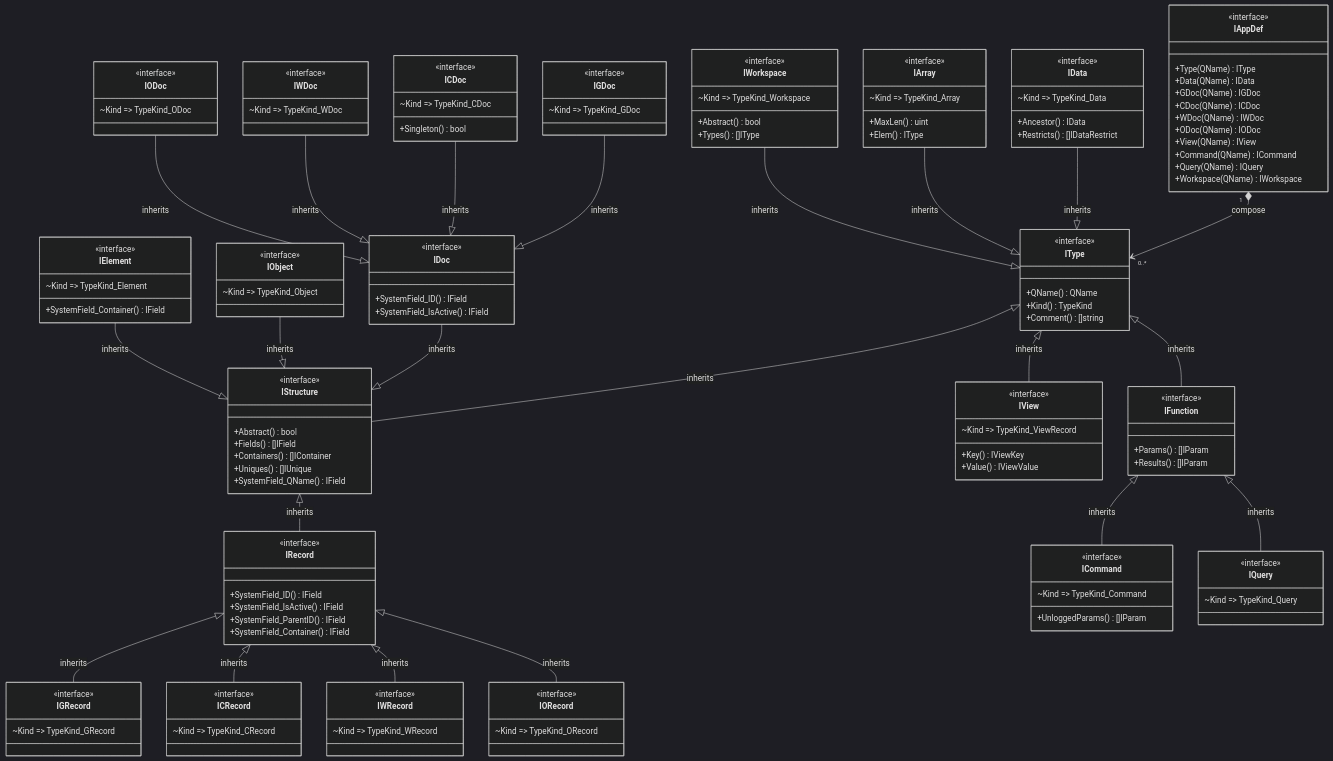
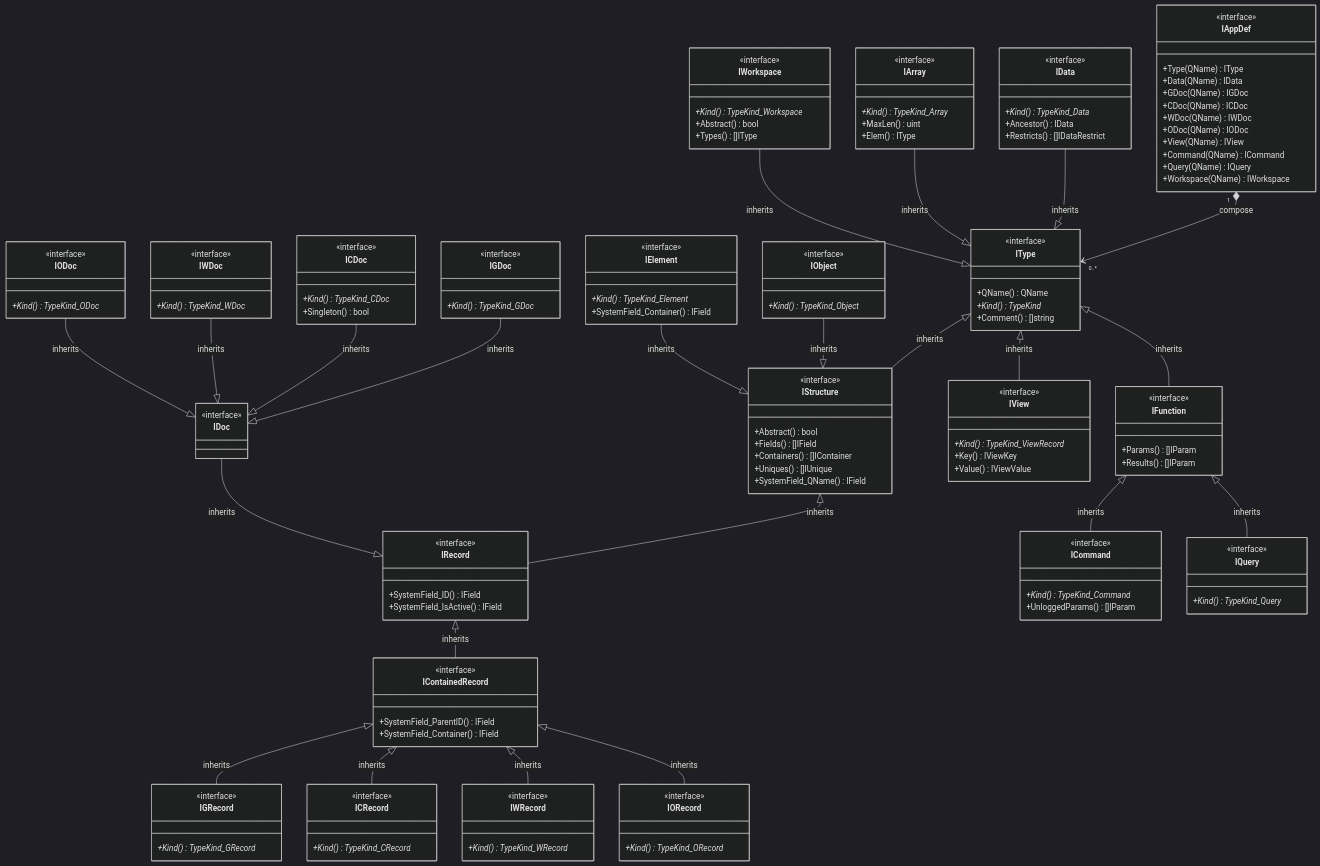
Before and after one commit to voedger/voedger: the first of 7 diagrams in pkg/appdef/README.md, drawn with Mermaid (dark theme). The commit also changed other lines of this file and 32 other files, not shown here.

First line of the commit message:
#750 🧩 appdef: inherits IDoc and IContainedRecord from IRecord (#758)

```diff
--- a/pkg/appdef/README.md
+++ b/pkg/appdef/README.md
@@ -26,14 +26,14 @@
     class IType {
         <<interface>>
         +QName() QName
-        +Kind() TypeKind
+        +Kind()* TypeKind
         +Comment() []string
     }
 
     IData --|> IType : inherits
     class IData {
         <<interface>>
-        ~Kind => TypeKind_Data
+        +Kind()* TypeKind_Data
         +Ancestor() IData
         +Restricts() []IDataRestrict
     }
@@ -41,7 +41,7 @@
     IArray --|> IType : inherits
     class IArray {
         <<interface>>
-        ~Kind => TypeKind_Array
+        +Kind()* TypeKind_Array
         +MaxLen() uint
         +Elem() IType
     }
@@ -56,88 +56,91 @@
         +SystemField_QName() IField
     }
 
-    IDoc --|> IStructure : inherits
-    class IDoc {
+    IStructure <|-- IRecord  : inherits
+    class IRecord {
         <<interface>>
         +SystemField_ID() IField
         +SystemField_IsActive() IField
     }
 
+    IDoc --|> IRecord : inherits
+    class IDoc {
+        <<interface>>
+    }
+
     IGDoc --|> IDoc : inherits
     class IGDoc {
         <<interface>>
-        ~Kind => TypeKind_GDoc
+        +Kind()* TypeKind_GDoc
     }
 
     ICDoc --|> IDoc : inherits
     class ICDoc {
         <<interface>>
-        ~Kind => TypeKind_CDoc
+        +Kind()* TypeKind_CDoc
         +Singleton() bool
     }
 
     IWDoc --|> IDoc : inherits
     class IWDoc {
         <<interface>>
-        ~Kind => TypeKind_WDoc
+        +Kind()* TypeKind_WDoc
     }
                     
     IODoc --|> IDoc: inherits
     class IODoc {
         <<interface>>
-        ~Kind => TypeKind_ODoc
+        +Kind()* TypeKind_ODoc
     }
 
-    IStructure <|-- IRecord  : inherits
-    class IRecord {
+    IRecord <|-- IContainedRecord  : inherits
+    class IContainedRecord {
         <<interface>>
-        +SystemField_ID() IField
-        +SystemField_IsActive() IField
         +SystemField_ParentID() IField
         +SystemField_Container() IField
     }
 
-    IRecord <|-- IGRecord : inherits
+    IContainedRecord <|-- IGRecord : inherits
     class IGRecord {
         <<interface>>
-        ~Kind => TypeKind_GRecord
+        +Kind()* TypeKind_GRecord
     }
 
-    IRecord <|-- ICRecord : inherits
+    IContainedRecord <|-- ICRecord : inherits
     class ICRecord {
         <<interface>>
-        ~Kind => TypeKind_CRecord
+        +Kind()* TypeKind_CRecord
     }
 
-    IRecord <|-- IWRecord : inherits
+    IContainedRecord <|-- IWRecord : inherits
     class IWRecord {
         <<interface>>
-        ~Kind => TypeKind_WRecord
+        +Kind()* TypeKind_WRecord
     }
 
-    IRecord <|-- IORecord : inherits
+    IContainedRecord <|-- IORecord : inherits
     class IORecord {
         <<interface>>
-        ~Kind => TypeKind_ORecord
+        +Kind()* TypeKind_ORecord
     }
 
     IObject --|> IStructure : inherits
     class IObject {
         <<interface>>
-        ~Kind => TypeKind_Object
+        +Kind()* TypeKind_Object
     }
 
     IElement --|> IStructure : inherits
     class IElement {
         <<interface>>
-        ~Kind => TypeKind_Element
+        +Kind()* TypeKind_Element
         +SystemField_Container() IField
     }
 
     IType <|-- IView : inherits
     class IView {
         <<interface>>
-        ~Kind => TypeKind_ViewRecord
+        +Kind()* TypeKind_ViewRecord
         +Key() IViewKey
         +Value() IViewValue
     }
@@ -152,21 +155,21 @@
     IFunction <|-- ICommand : inherits
     class ICommand {
         <<interface>>
-        ~Kind => TypeKind_Command
+        +Kind()* TypeKind_Command
         +UnloggedParams() []IParam
     }
 
     IFunction <|-- IQuery : inherits
     class IQuery {
         <<interface>>
-        ~Kind => TypeKind_Query
+        +Kind()* TypeKind_Query
     }
 
 
     IWorkspace --|> IType : inherits
     class IWorkspace {
         <<interface>>
-        ~Kind => TypeKind_Workspace
+        +Kind()* TypeKind_Workspace
         +Abstract() bool
         +Types() []IType
     }
```
